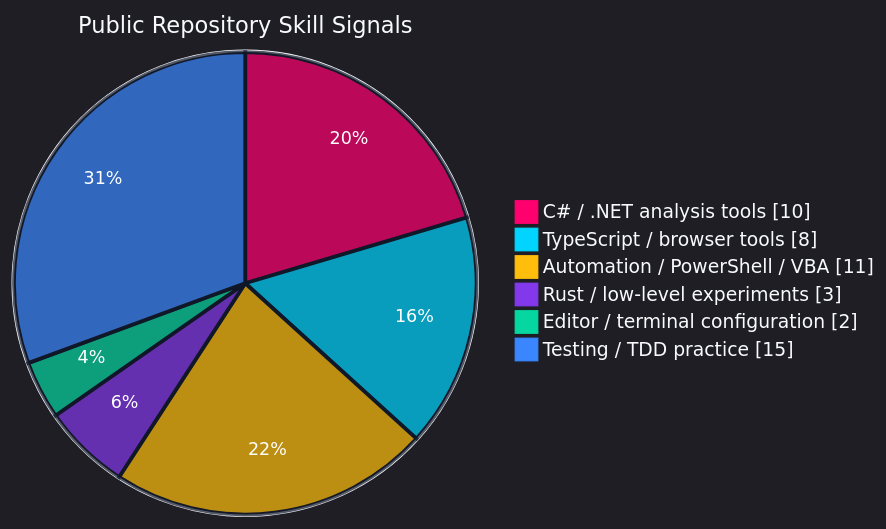
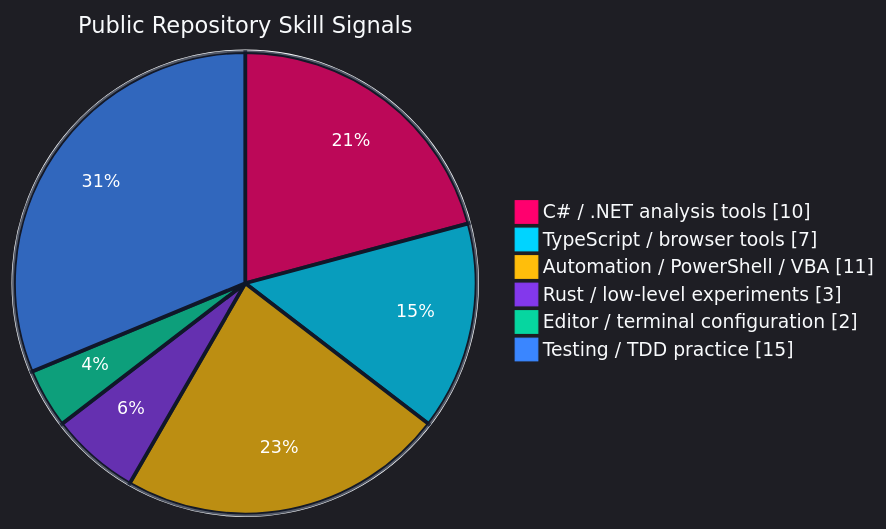
Before and after one commit to SSsan-00/SSsan-00: the first of 4 diagrams in README.md, drawn with Mermaid. The commit also changed other lines of this file and 2 other files, not shown here.

````diff
--- a/README.md
+++ b/README.md
@@ -44,11 +44,11 @@
 ```mermaid
 %%{init: {"theme":"dark","themeVariables":{"background":"#0f172a","mainBkg":"#0f172a","textColor":"#f8fafc","primaryTextColor":"#f8fafc","pieStrokeColor":"#0f172a","pieStrokeWidth":"3px","pieOuterStrokeColor":"#f8fafc","pieOuterStrokeWidth":"2px","pieTitleTextColor":"#f8fafc","pieTitleTextSize":"18px","pieLegendTextColor":"#f8fafc","pieLegendTextSize":"15px","pieSectionTextColor":"#ffffff","pieSectionTextSize":"14px","pie1":"#ff006e","pie2":"#00d4ff","pie3":"#ffbe0b","pie4":"#8338ec","pie5":"#06d6a0","pie6":"#3a86ff"}}}%%
 pie showData
   title Public Repository Skill Signals
   "C# / .NET analysis tools" : 10
-  "TypeScript / browser tools" : 8
+  "TypeScript / browser tools" : 7
   "Automation / PowerShell / VBA" : 11
   "Rust / low-level experiments" : 3
   "Editor / terminal configuration" : 2
   "Testing / TDD practice" : 15
 ```
````
